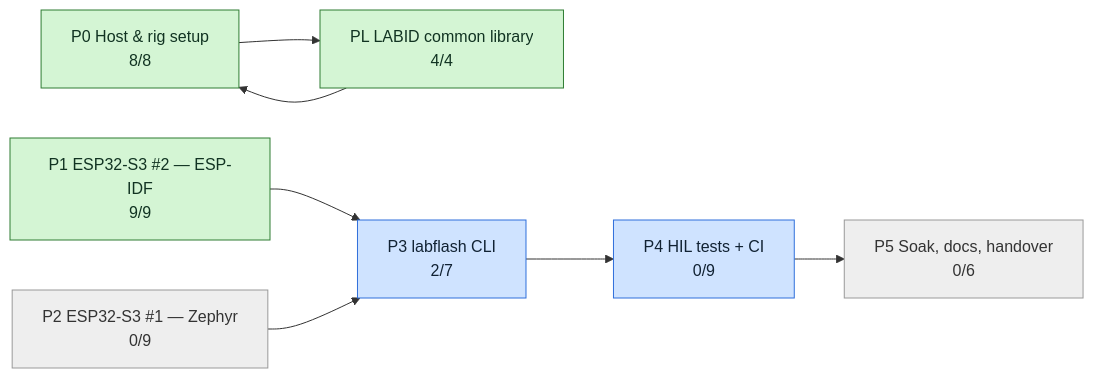
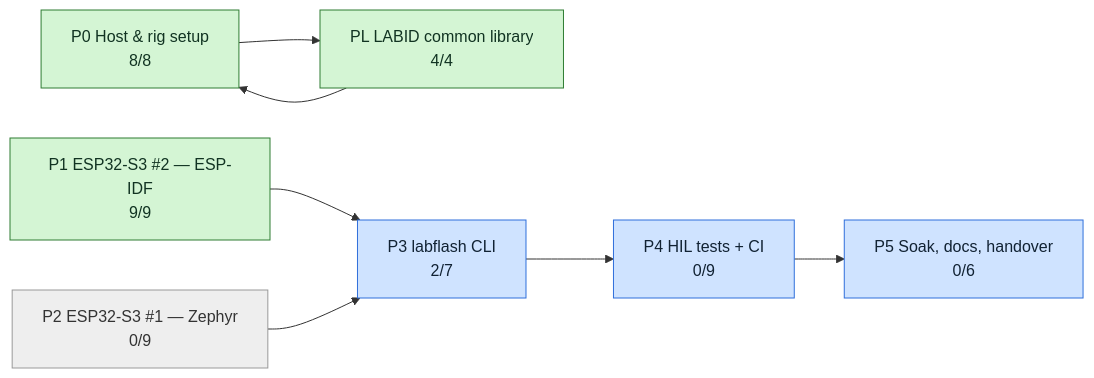
Before and after one commit to mohamed-soubhi/bootlab-esp: the second of 3 diagrams in tickets/TICKETS.md, drawn with Mermaid. The commit also changed other lines of this file and 6 other files, not shown here.

````diff
--- a/tickets/TICKETS.md
+++ b/tickets/TICKETS.md
@@ -35,20 +35,20 @@
 ```mermaid
 flowchart LR
     E0["P0 Host & rig setup<br/>8/8"]:::done
     EL["PL LABID common library<br/>4/4"]:::done
     E1["P1 ESP32-S3 #2 — ESP-IDF<br/>9/9"]:::done
     E2["P2 ESP32-S3 #1 — Zephyr<br/>0/9"]:::todo
     E3["P3 labflash CLI<br/>2/7"]:::doing
     E4["P4 HIL tests + CI<br/>0/9"]:::doing
-    E5["P5 Soak, docs, handover<br/>0/6"]:::todo
+    E5["P5 Soak, docs, handover<br/>0/6"]:::doing
     E0 --> EL
     E1 --> E3
     E2 --> E3
     E3 --> E4
     E4 --> E5
     EL --> E0
     classDef todo fill:#eeeeee,stroke:#999,color:#333
     classDef doing fill:#cfe3ff,stroke:#2f6fdb,color:#123
     classDef blocked fill:#ffd6d6,stroke:#c62828,color:#400
     classDef done fill:#d4f5d4,stroke:#2e7d32,color:#132
 ```
````
